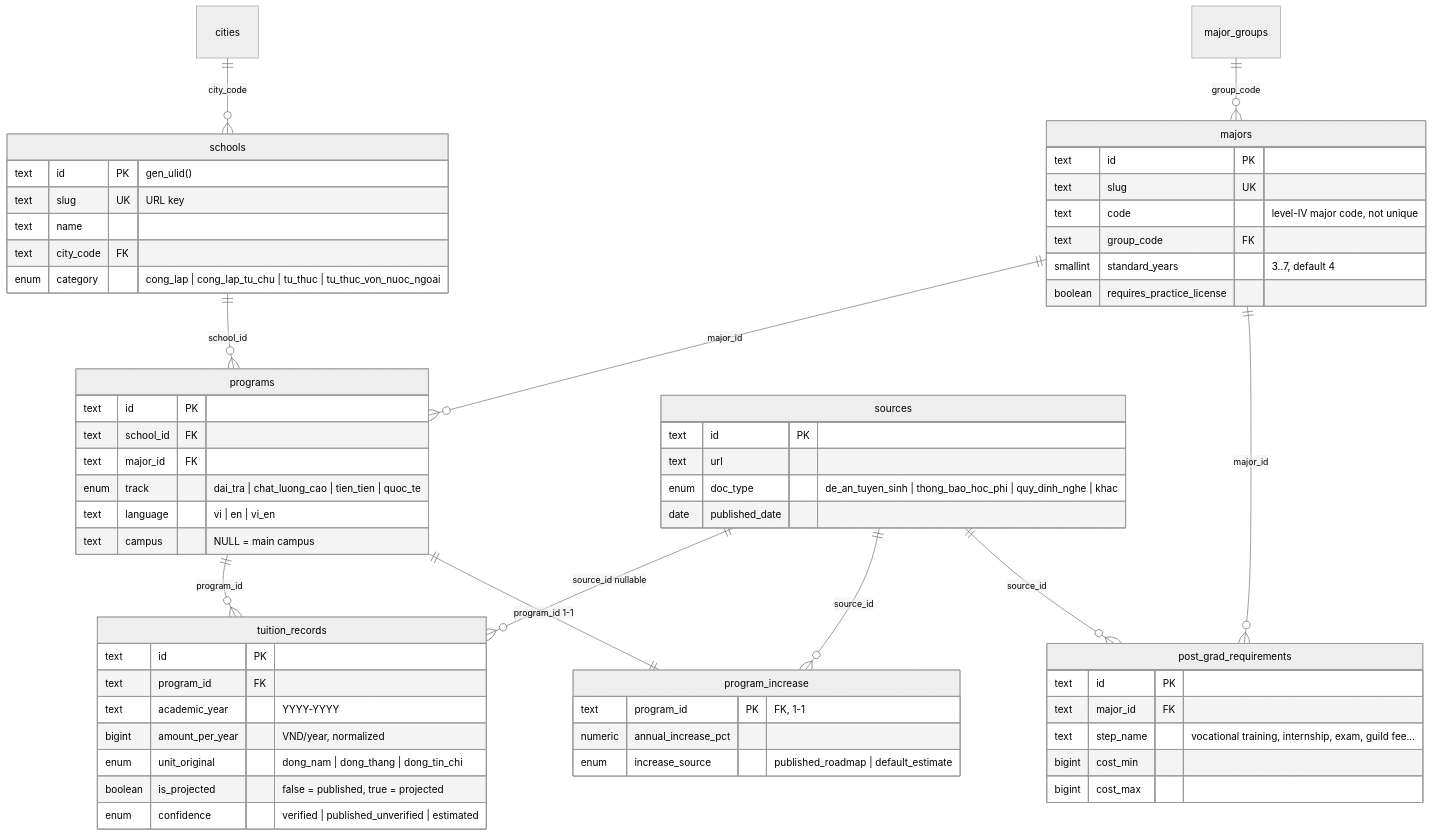
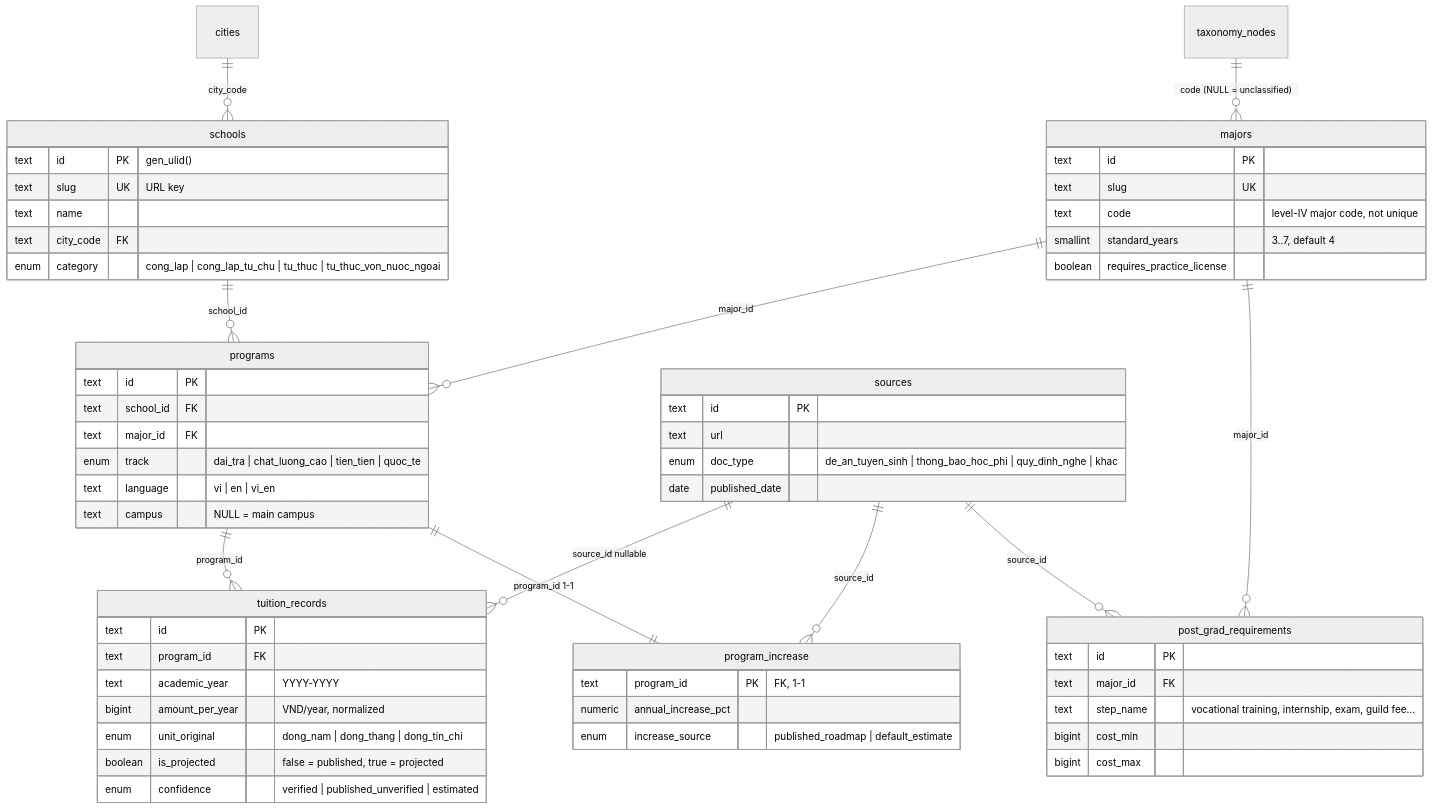
One commit to hocphi-info/hocphi-info-be changed the second of 2 diagrams in README-en.md. Above: the diagram before and after it, drawn with Mermaid (neutral theme). The commit also changed other lines of this file and 16 other files, not shown here.

First line of the commit message:
refactor!: drop the 6 hand-made major groups (major_groups, majors.group_code)

````diff
--- a/README-en.md
+++ b/README-en.md
@@ -168,64 +168,63 @@
 ```mermaid
 erDiagram
     cities ||--o{ schools : "city_code"
-    major_groups ||--o{ majors : "group_code"
+    taxonomy_nodes ||--o{ majors : "code (NULL = unclassified)"
     schools ||--o{ programs : "school_id"
     majors ||--o{ programs : "major_id"
     programs ||--o{ tuition_records : "program_id"
     programs ||--|| program_increase : "program_id 1-1"
     majors ||--o{ post_grad_requirements : "major_id"
     sources ||--o{ tuition_records : "source_id nullable"
     sources ||--o{ program_increase : "source_id"
     sources ||--o{ post_grad_requirements : "source_id"
 
     schools {
         text id PK "gen_ulid()"
         text slug UK "URL key"
         text name
         text city_code FK
         enum category "cong_lap | cong_lap_tu_chu | tu_thuc | tu_thuc_von_nuoc_ngoai"
     }
     majors {
         text id PK
         text slug UK
         text code "level-IV major code, not unique"
-        text group_code FK
         smallint standard_years "3..7, default 4"
         boolean requires_practice_license
     }
     programs {
         text id PK
         text school_id FK
         text major_id FK
         enum track "dai_tra | chat_luong_cao | tien_tien | quoc_te"
         text language "vi | en | vi_en"
         text campus "NULL = main campus"
     }
     tuition_records {
         text id PK
         text program_id FK
         text academic_year "YYYY-YYYY"
         bigint amount_per_year "VND/year, normalized"
         enum unit_original "dong_nam | dong_thang | dong_tin_chi"
         boolean is_projected "false = published, true = projected"
         enum confidence "verified | published_unverified | estimated"
     }
     program_increase {
         text program_id PK "FK, 1-1"
         numeric annual_increase_pct
         enum increase_source "published_roadmap | default_estimate"
     }
     post_grad_requirements {
         text id PK
         text major_id FK
         text step_name "vocational training, internship, exam, guild fee..."
         bigint cost_min
         bigint cost_max
     }
     sources {
         text id PK
         text url
         enum doc_type "de_an_tuyen_sinh | thong_bao_hoc_phi | quy_dinh_nghe | khac"
         date published_date
     }
 ```
````
